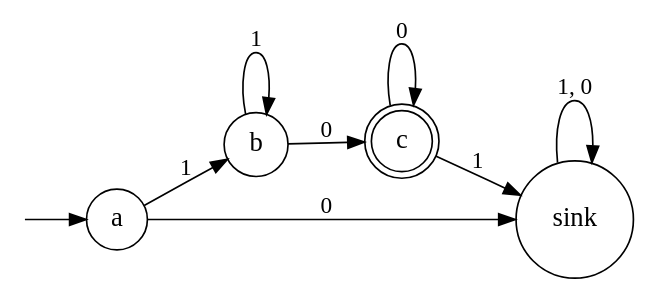
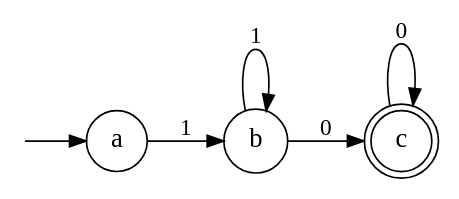
Before and after one commit to amowy/automaton: the diagram in resources/automaton1_complete.dot, drawn with Graphviz. The commit also changed 12 other files, not shown here.

```diff
--- a/resources/automaton1_complete.dot
+++ b/resources/automaton1_complete.dot
@@ -1,20 +1,17 @@
 digraph G {
     ranksep=0.5;
     nodesep=0.5;
     rankdir=LR;
     node [shape="circle", fontsize="16"];
     fontsize="10";
     compound=true;
 
     ia [shape=point, style=invis];
     c [shape=doublecircle];
 
     ia -> a;
+    b -> c [label="0"];
     a -> b [label="1"];
+    b -> b [label="1"];
     c -> c [label="0"];
-    c -> sink [label="1"];
-    sink -> sink [label="1, 0"];
-    a -> sink [label="0"];
-    b -> c [label="0"];
-    b -> b [label="1"];
 }
```
